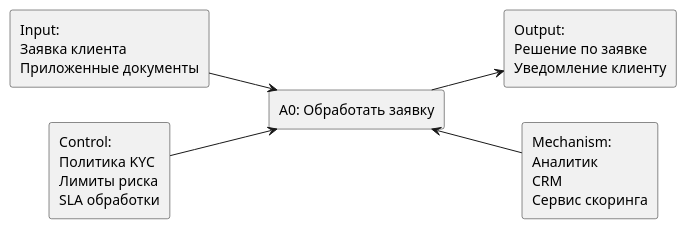
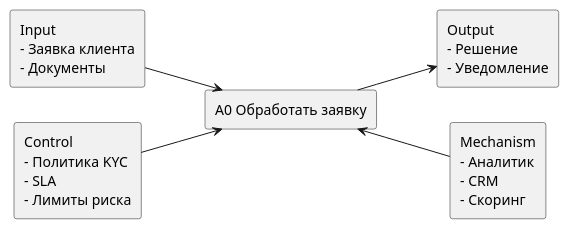
The first of 2 diagrams in docs/notations/idef0.md (iwizy/analyst_kb), drawn with PlantUML before and after one commit. The commit also changed other lines of this file and 20 other files, not shown here.

````diff
--- a/docs/notations/idef0.md
+++ b/docs/notations/idef0.md
@@ -29,16 +28,15 @@
 ```kroki-plantuml
 @startuml
 left to right direction
-
-rectangle "A0: Обработать заявку" as A0
-rectangle "Input:\nЗаявка клиента\nПриложенные документы" as I
-rectangle "Control:\nПолитика KYC\nЛимиты риска\nSLA обработки" as C
-rectangle "Output:\nРешение по заявке\nУведомление клиенту" as O
-rectangle "Mechanism:\nАналитик\nCRM\nСервис скоринга" as M
+rectangle "A0 Обработать заявку" as A0
+rectangle "Input\n- Заявка клиента\n- Документы" as I
+rectangle "Control\n- Политика KYC\n- SLA\n- Лимиты риска" as C
+rectangle "Output\n- Решение\n- Уведомление" as O
+rectangle "Mechanism\n- Аналитик\n- CRM\n- Скоринг" as M
 
 I --> A0
 C -down-> A0
 A0 --> O
 M -up-> A0
 @enduml
 ```
````
